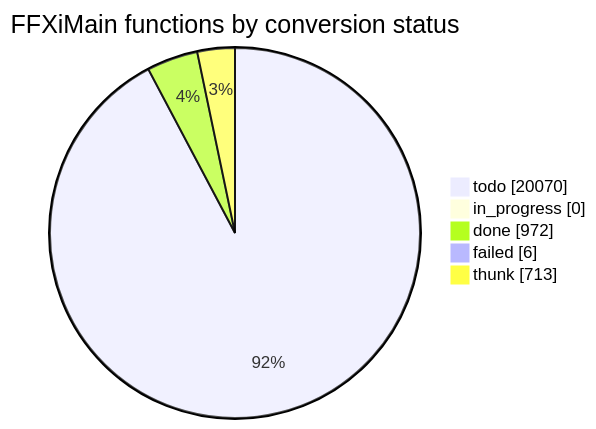
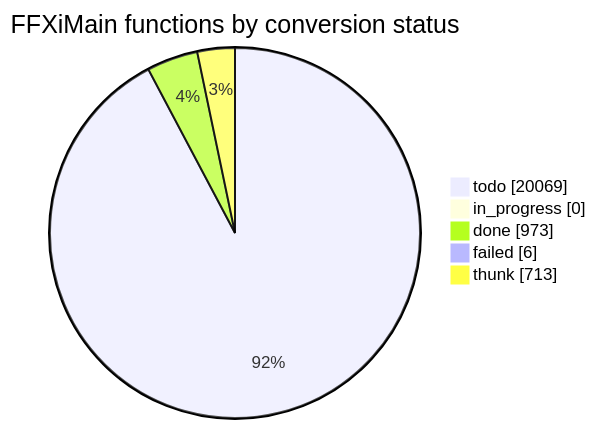
One commit to cowrevenge/cow_kuluu_xi_anything changed the diagram in docs/cow/STATUS.md. Above: the diagram before and after it, drawn with Mermaid. The commit also changed other lines of this file and 13 other files, not shown here.

````diff
--- a/docs/cow/STATUS.md
+++ b/docs/cow/STATUS.md
@@ -18,9 +18,9 @@
 ```mermaid
 pie showData
     title FFXiMain functions by conversion status
-    "todo" : 20070
+    "todo" : 20069
     "in_progress" : 0
-    "done" : 972
+    "done" : 973
     "failed" : 6
     "thunk" : 713
 ```
````
